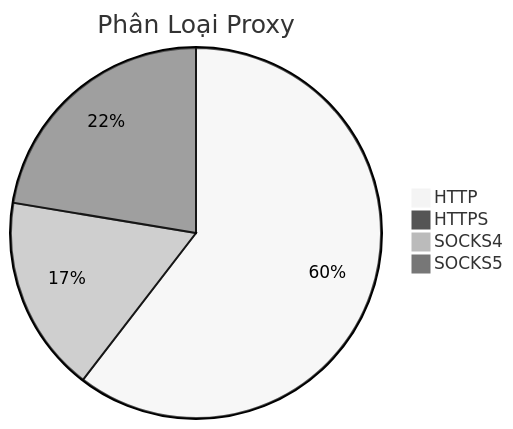
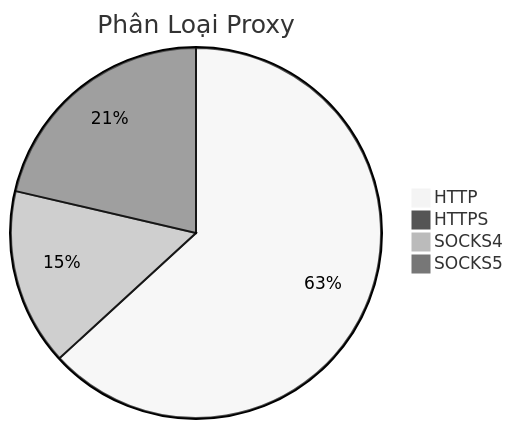
Before and after one commit to Ciara-12/PROXY-free: the diagram in README.md, drawn with Mermaid (neutral theme). The commit also changed other lines of this file and 3 other files, not shown here.

````diff
--- a/README.md
+++ b/README.md
@@ -26,7 +26,7 @@
 ```mermaid
 pie title Phân Loại Proxy
-    "HTTP" : 926
+    "HTTP" : 1047
     "HTTPS" : 0
-    "SOCKS4" : 263
-    "SOCKS5" : 343
+    "SOCKS4" : 256
+    "SOCKS5" : 354
 ```
````
